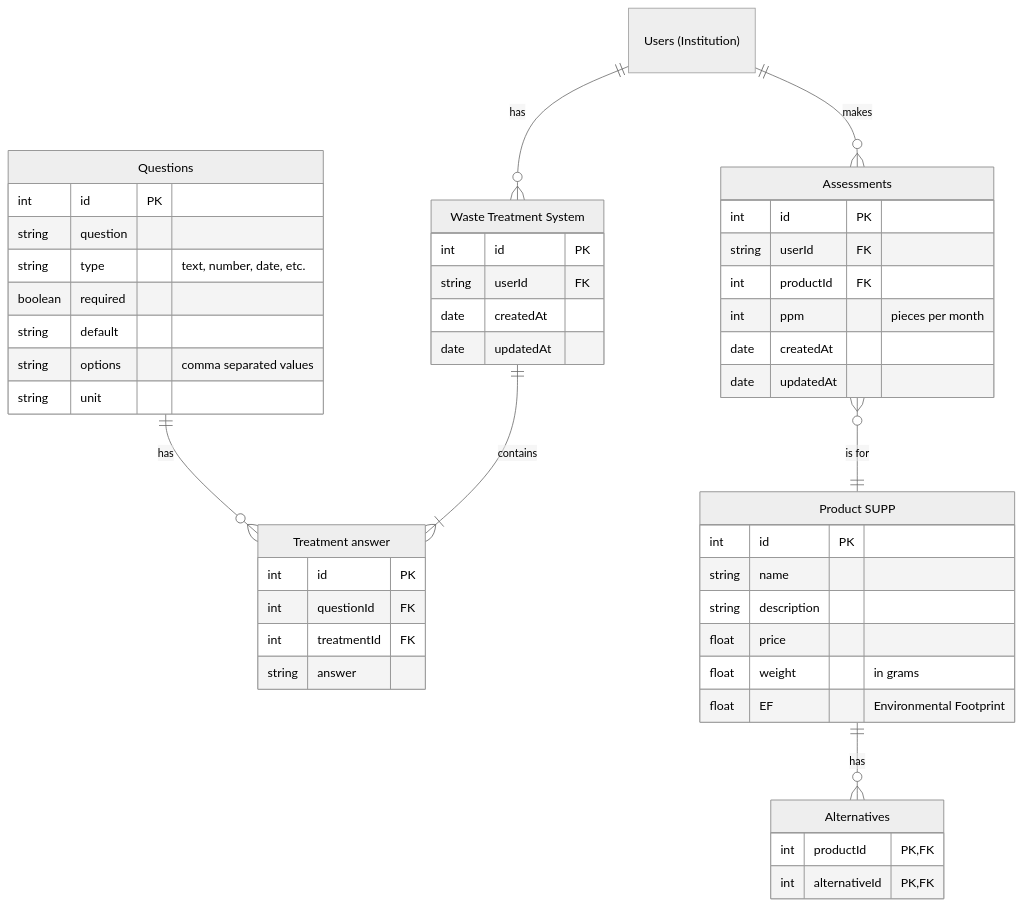
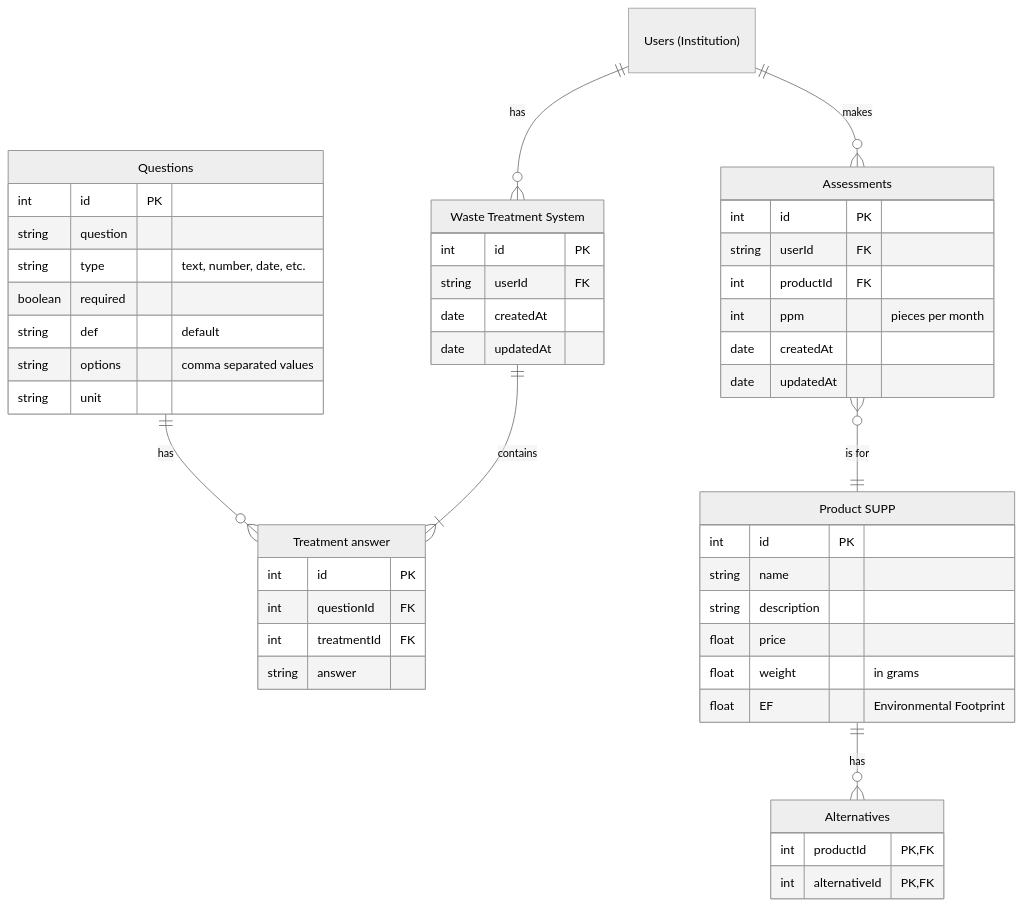
Before and after one commit to SimonStnn/BEMED: the diagram in backend/README.md, drawn with Mermaid (neutral theme). The commit also changed 2 other files, not shown here.

Commit message:
Fix db schema mistake

````diff
--- a/backend/README.md
+++ b/backend/README.md
@@ -5,59 +5,59 @@
 ```mermaid
 erDiagram
 users["Users (Institution)"] {}
 
 treatments["Waste Treatment System"] {
     int id PK
     string userId FK
     date createdAt
     date updatedAt
 }
 
 questions["Questions"] {
     int id PK
     string question
     string type "text, number, date, etc."
     boolean required
-    string default
+    string def "default"
     string options "comma separated values"
     string unit
 }
 
 answer["Treatment answer"] {
     int id PK
     int questionId FK
     int treatmentId FK
     string answer
 }
 
 products["Product SUPP"] {
     int id PK
     string name
     string description
     float price 
     float weight "in grams"
     float EF "Environmental Footprint"
 }
 
 alternatives["Alternatives"] {
     int productId PK, FK
     int alternativeId PK, FK
 }
 
 assessments["Assessments"] {
     int id PK
     string userId FK
     int productId FK
     int ppm "pieces per month"
     date createdAt
     date updatedAt
 }
 
 questions ||--o{ answer : "has"
 treatments ||-- |{ answer : "contains"
 users ||--o{ treatments : "has"
 users ||--o{ assessments : "makes"
 products ||--o{ alternatives : "has"
 assessments }o--|| products : "is for"
 
 ```
````
